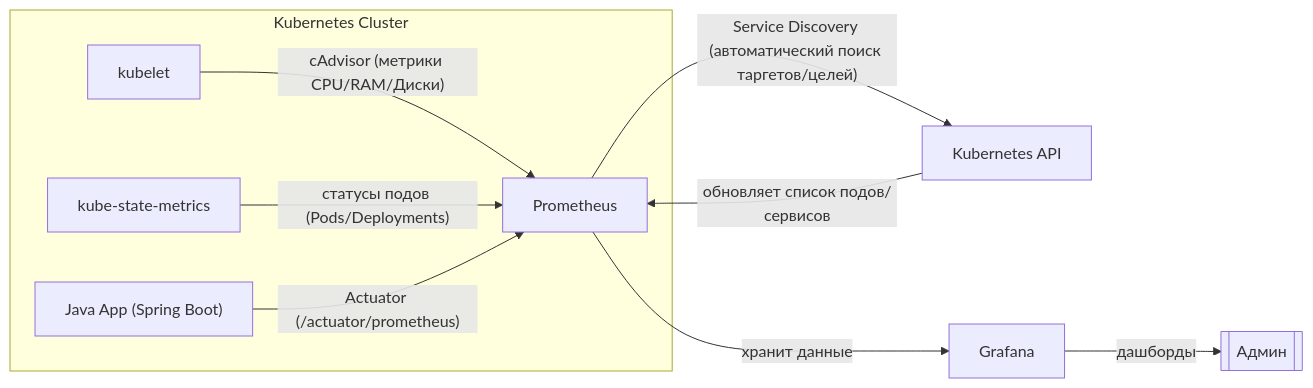
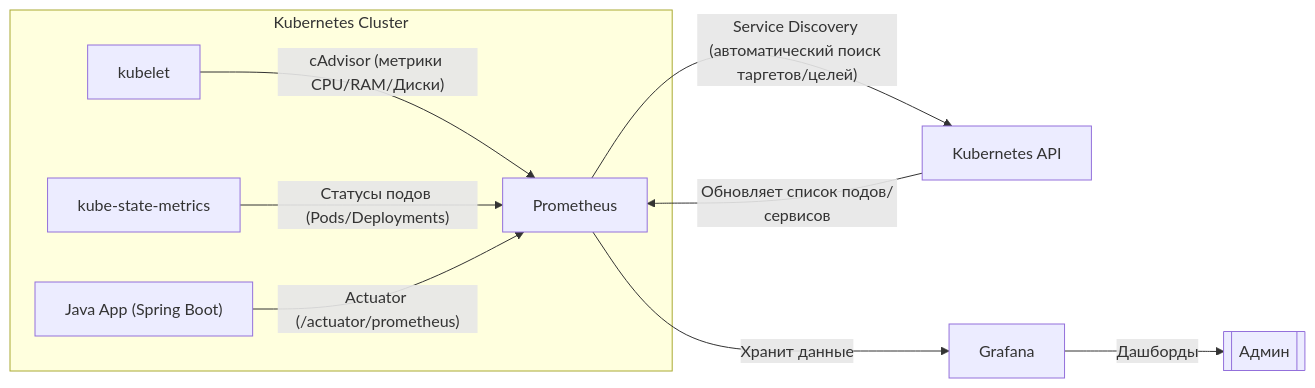
One commit to lamjob1993/kubernetes-monitoring changed the diagram in kubernetes/legend/3. Реальный кластер.md. Above: the diagram before and after it, drawn with Mermaid.

Commit message:
Update 3. Реальный кластер.md

````diff
--- a/kubernetes/legend/3. Реальный кластер.md
+++ b/kubernetes/legend/3. Реальный кластер.md
@@ -13,13 +13,13 @@
 ```mermaid
 flowchart LR
     subgraph Kubernetes Cluster
         kubelet -->|"cAdvisor (метрики CPU/RAM/Диски)"| Prometheus
-        kube-state-metrics -->|"статусы подов (Pods/Deployments)"| Prometheus
+        kube-state-metrics -->|"Статусы подов (Pods/Deployments)"| Prometheus
         JavaApp["Java App (Spring Boot)"] -->|"Actuator (/actuator/prometheus)"| Prometheus
     end
 
     Prometheus -->|"Service Discovery (автоматический поиск таргетов/целей)"| KubernetesAPI["Kubernetes API"]
-    KubernetesAPI -->|"обновляет список подов/сервисов"| Prometheus
-    Prometheus -->|"хранит данные"| Grafana
-    Grafana -->|"дашборды"| Admin[["Админ"]]
+    KubernetesAPI -->|"Обновляет список подов/сервисов"| Prometheus
+    Prometheus -->|"Хранит данные"| Grafana
+    Grafana -->|"Дашборды"| Admin[["Админ"]]
 ```
````
